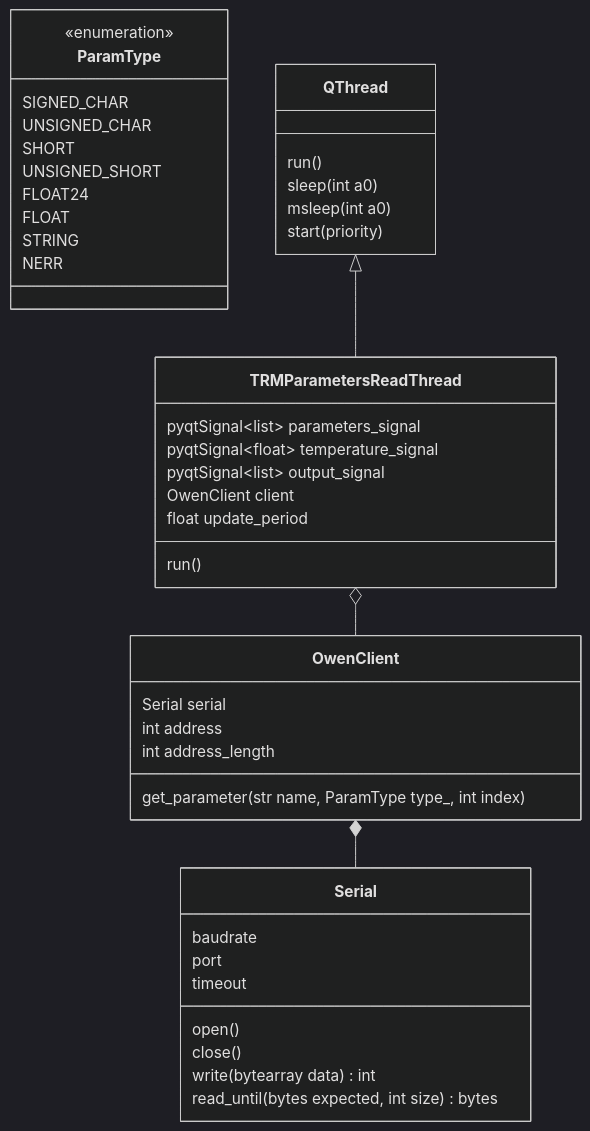
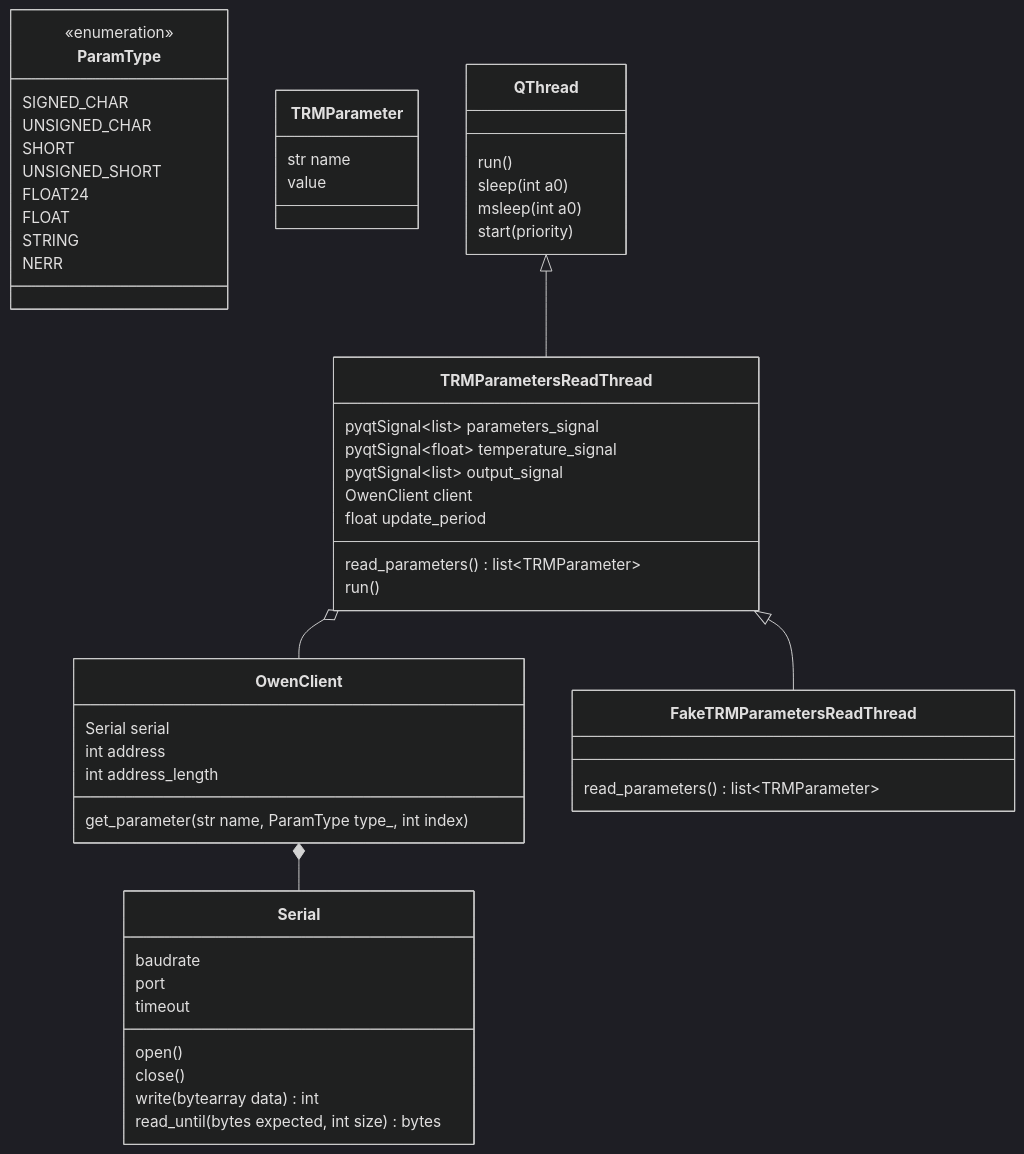
The third of 6 diagrams in data/diagrams/диаграмма классов.md (Marik28/dissertation), drawn with Mermaid (dark theme) before and after one commit. The commit also changed other lines of this file and 6 other files, not shown here.

Commit message:
update diagrams

````diff
--- a/data/diagrams/диаграмма классов.md
+++ b/data/diagrams/диаграмма классов.md
@@ -195,53 +214,65 @@
 ```mermaid
 classDiagram
     
     class OwenClient {
         Serial serial
         int address
         int address_length
         get_parameter(str name, ParamType type_, int index)
     }
     
     class Serial {
         baudrate
         port
         timeout
         open()
         close()
         write(bytearray data) int
         read_until(bytes expected, int size) bytes
     }
     
     class ParamType {
         <<enumeration>>
         SIGNED_CHAR
         UNSIGNED_CHAR
         SHORT
         UNSIGNED_SHORT
         FLOAT24
         FLOAT
         STRING
         NERR        
     }
     
     class TRMParametersReadThread {
         pyqtSignal~list~ parameters_signal
         pyqtSignal~float~ temperature_signal
         pyqtSignal~list~ output_signal
         
         OwenClient client
         float update_period
+        read_parameters() list~TRMParameter~
         run()
+    }
+    
+    
+    class FakeTRMParametersReadThread {
+        read_parameters() list~TRMParameter~
+    }
+    
+    class TRMParameter {
+        str name
+        value
     }
     
     class QThread {
         run()
         sleep(int a0)
         msleep(int a0)
         start(priority)
     }
     
     OwenClient *-- Serial
     QThread <|-- TRMParametersReadThread
     TRMParametersReadThread o-- OwenClient 
+    TRMParametersReadThread <|-- FakeTRMParametersReadThread 
 ```
````
